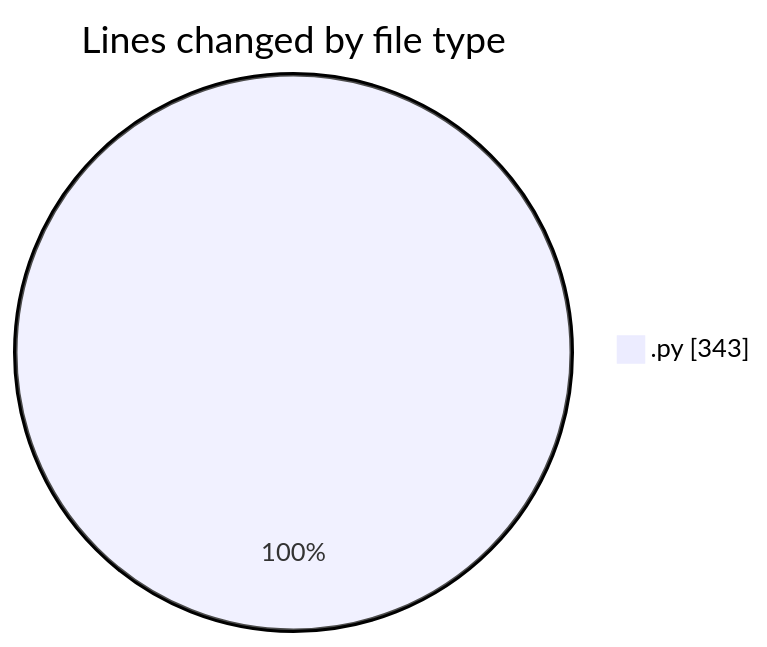
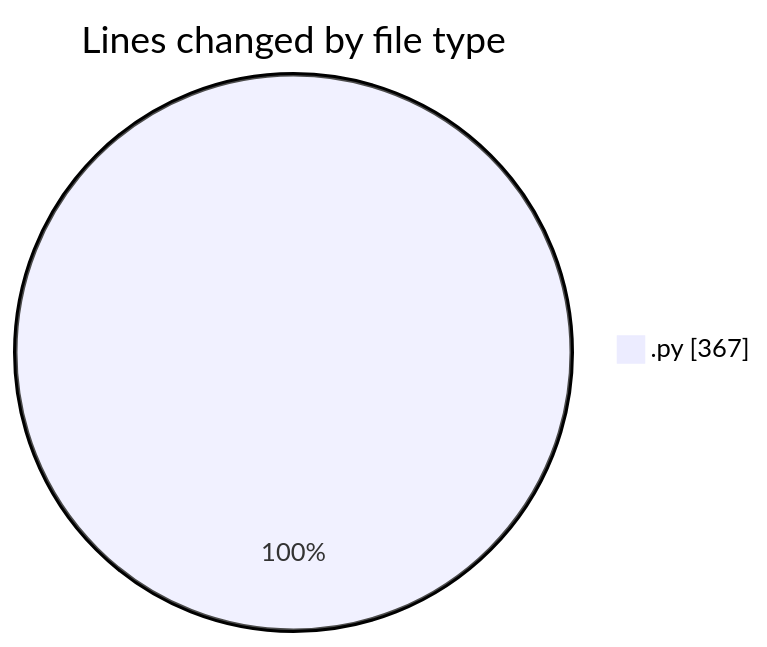
One commit to Elitesun/code-tracking changed the first of 2 diagrams in 2025-05-14/niten/README.md. Above: the diagram before and after it, drawn with Mermaid. The commit also changed other lines of this file and 1 other file, not shown here.

````diff
--- a/2025-05-14/niten/README.md
+++ b/2025-05-14/niten/README.md
@@ -23,5 +23,5 @@
 ```mermaid
 pie showData
 title Lines changed by file type
-".py" : 343
+".py" : 367
 ```
````
